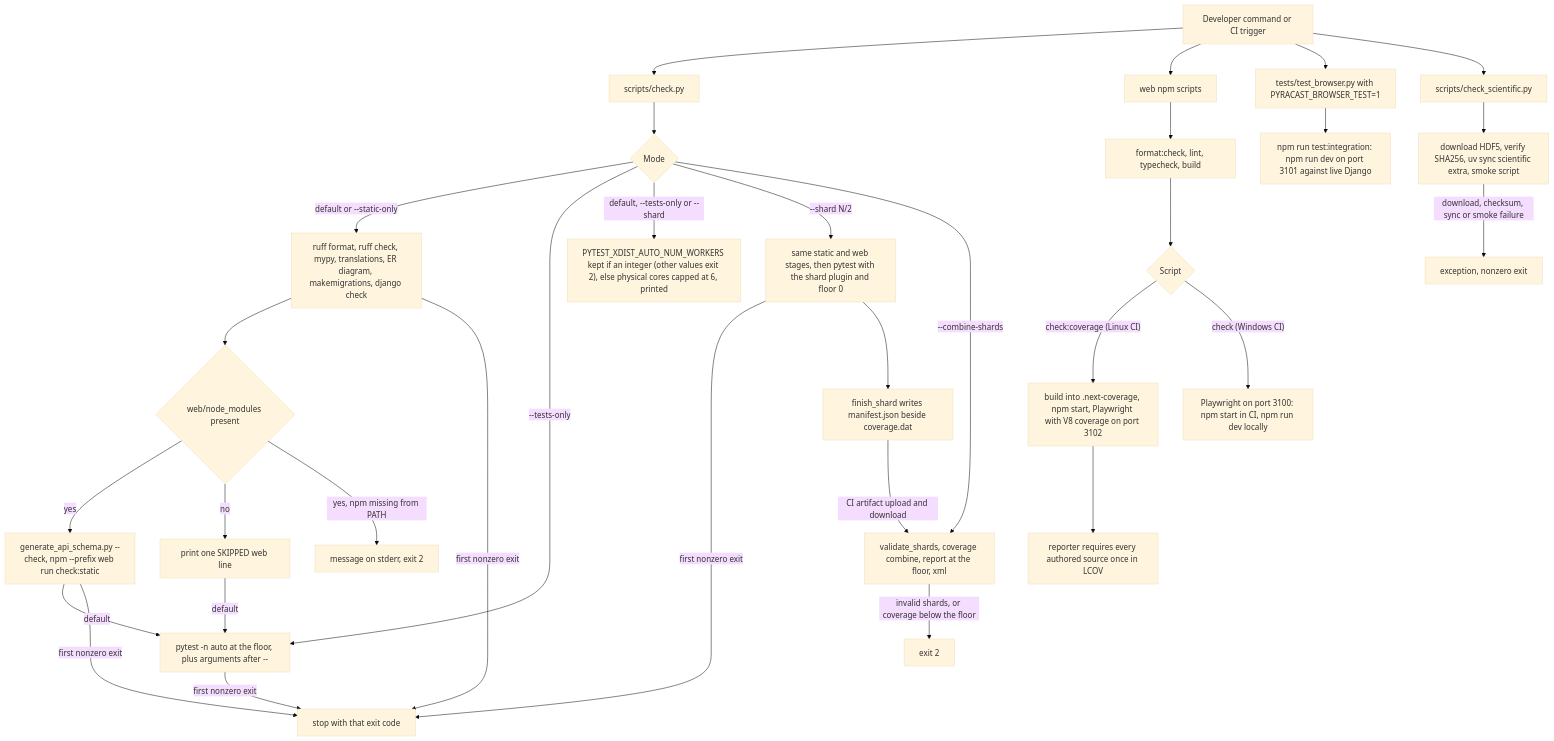
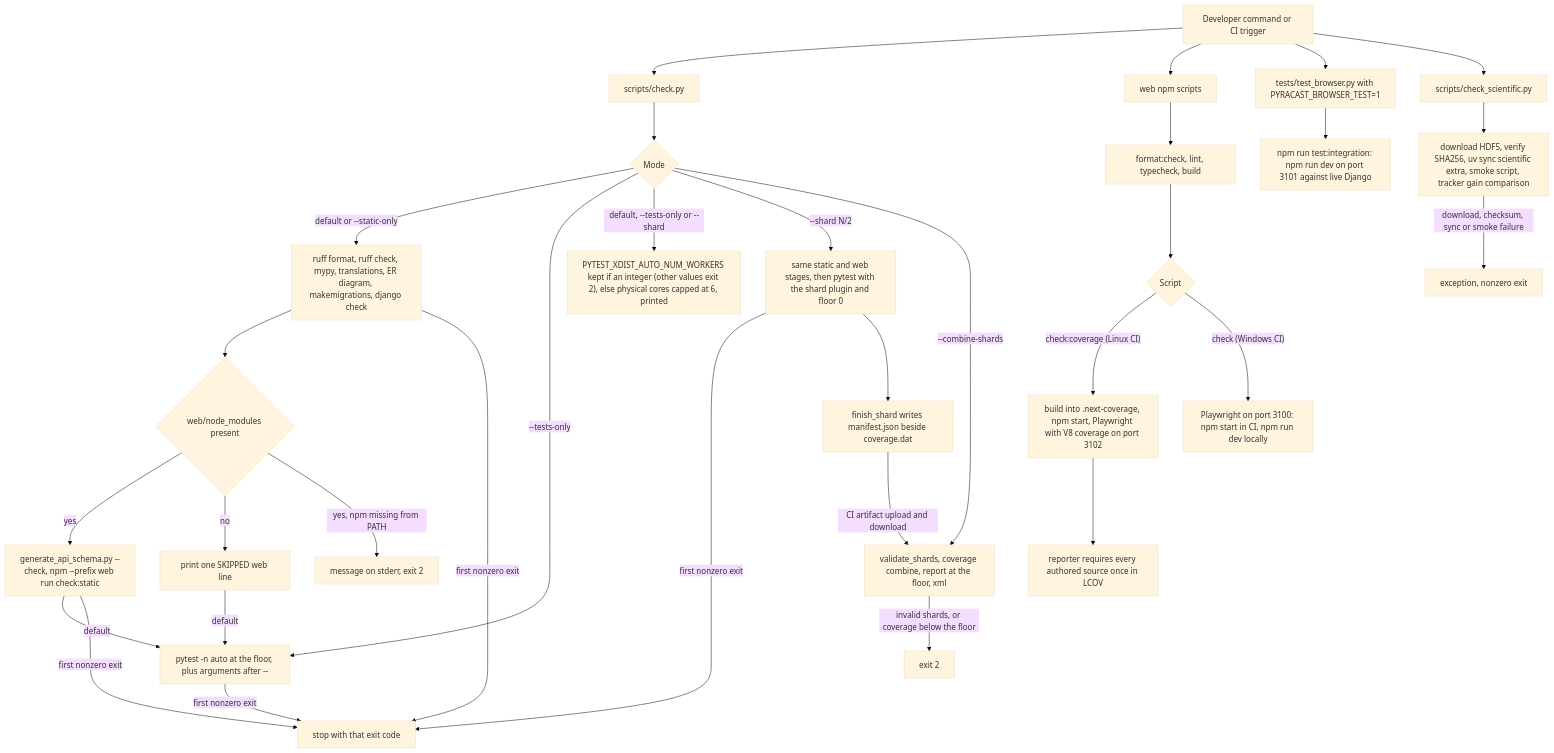
Before and after one commit to erkurtharun/pyracast: the diagram in docs/flows/developer-quality-gate.md, drawn with Mermaid (base theme). The commit also changed other lines of this file and 10 other files, not shown here.

First line of the commit message:
Find brief daylight windows and verify tracker gains with pvlib (#23)

````diff
--- a/docs/flows/developer-quality-gate.md
+++ b/docs/flows/developer-quality-gate.md
@@ -16,34 +16,34 @@
 ```mermaid
 flowchart TD
     trig["Developer command or CI trigger"] --> B["scripts/check.py"]
     trig --> W["web npm scripts"]
     trig --> BR["tests/test_browser.py with PYRACAST_BROWSER_TEST=1"]
     trig --> S["scripts/check_scientific.py"]
     B --> M{"Mode"}
     M -->|"default or --static-only"| F["ruff format, ruff check, mypy, translations, ER diagram, makemigrations, django check"]
     F --> WS{"web/node_modules present"}
     WS -->|"yes"| WG["generate_api_schema.py --check, npm --prefix web run check:static"]
     WS -->|"no"| SK["print one SKIPPED web line"]
     WS -->|"yes, npm missing from PATH"| X3["message on stderr, exit 2"]
     WG -->|"default"| P["pytest -n auto at the floor, plus arguments after --"]
     SK -->|"default"| P
     M -->|"--tests-only"| P
     M -->|"default, --tests-only or --shard"| N["PYTEST_XDIST_AUTO_NUM_WORKERS kept if an integer (other values exit 2), else physical cores capped at 6, printed"]
     M -->|"--shard N/2"| H["same static and web stages, then pytest with the shard plugin and floor 0"]
     P -->|"first nonzero exit"| X
     M -->|"--combine-shards"| C["validate_shards, coverage combine, report at the floor, xml"]
     F -->|"first nonzero exit"| X["stop with that exit code"]
     WG -->|"first nonzero exit"| X
     H -->|"first nonzero exit"| X
     H --> K["finish_shard writes manifest.json beside coverage.dat"]
     K -->|"CI artifact upload and download"| C
     C -->|"invalid shards, or coverage below the floor"| X2["exit 2"]
     W --> V["format:check, lint, typecheck, build"]
     V --> R{"Script"}
     R -->|"check:coverage (Linux CI)"| TC["build into .next-coverage, npm start, Playwright with V8 coverage on port 3102"]
     R -->|"check (Windows CI)"| TN["Playwright on port 3100: npm start in CI, npm run dev locally"]
     TC --> LC["reporter requires every authored source once in LCOV"]
     BR --> I["npm run test:integration: npm run dev on port 3101 against live Django"]
-    S --> D["download HDF5, verify SHA256, uv sync scientific extra, smoke script"]
+    S --> D["download HDF5, verify SHA256, uv sync scientific extra, smoke script, tracker gain comparison"]
     D -->|"download, checksum, sync or smoke failure"| E["exception, nonzero exit"]
 ```
````
